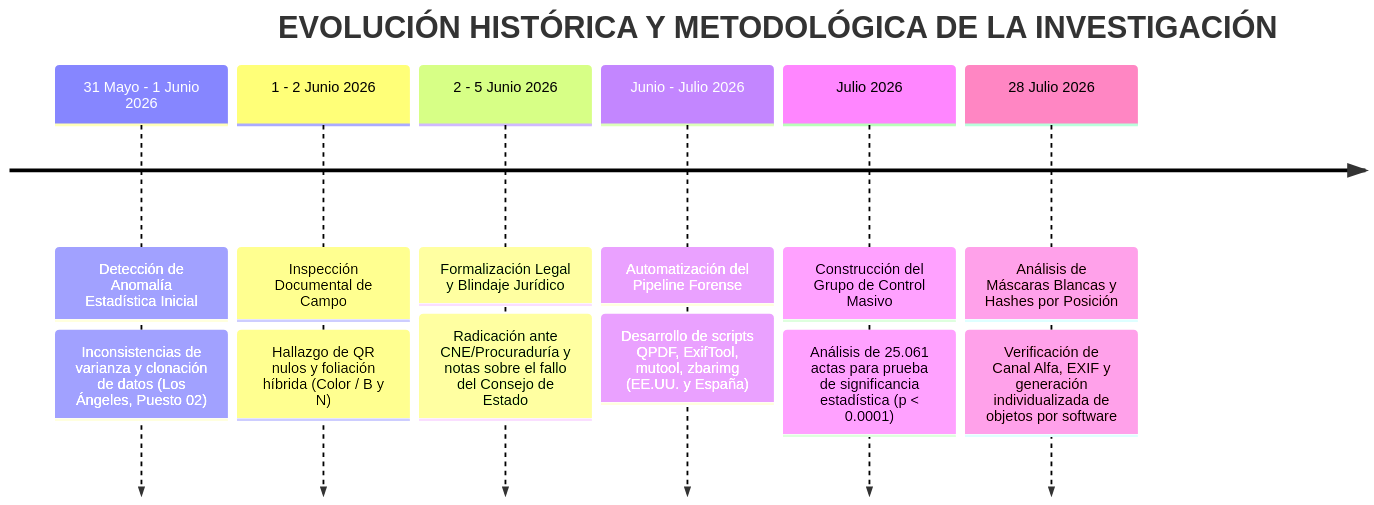
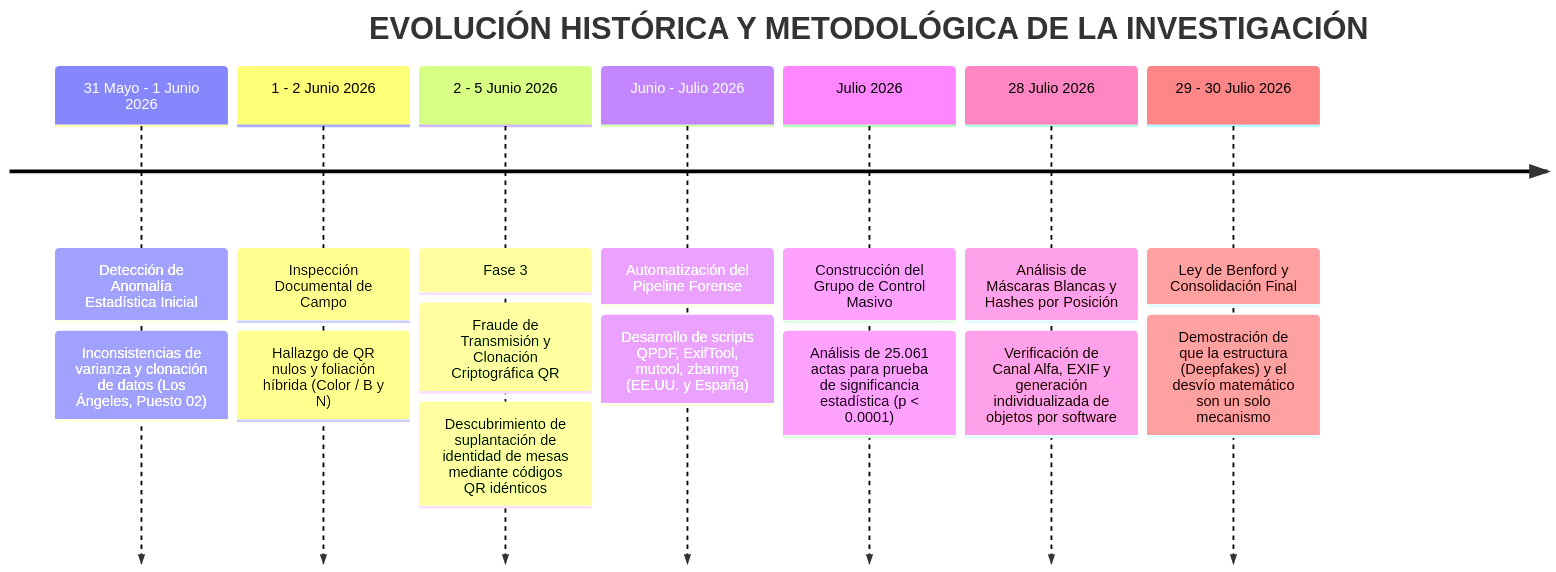
One commit to anzaca0330-pixel/AndreTaker---AnZaCa-Rep changed the diagram in 03_DOCUMENTACION/SESION_01_ENTREGABLES_LEGALES/linea_de_tiempo_investigacion_forense.md. Above: the diagram before and after it, drawn with Mermaid. The commit also changed other lines of this file and 24 other files, not shown here.

````diff
--- a/03_DOCUMENTACION/SESION_01_ENTREGABLES_LEGALES/linea_de_tiempo_investigacion_forense.md
+++ b/03_DOCUMENTACION/SESION_01_ENTREGABLES_LEGALES/linea_de_tiempo_investigacion_forense.md
@@ -12,16 +12,18 @@
 ```mermaid
 timeline
     title EVOLUCIÓN HISTÓRICA Y METODOLÓGICA DE LA INVESTIGACIÓN
     31 Mayo - 1 Junio 2026 : Detección de Anomalía Estadística Inicial
                            : Inconsistencias de varianza y clonación de datos (Los Ángeles, Puesto 02)
     1 - 2 Junio 2026       : Inspección Documental de Campo
                            : Hallazgo de QR nulos y foliación híbrida (Color / B y N)
-    2 - 5 Junio 2026       : Formalización Legal y Blindaje Jurídico
-                           : Radicación ante CNE/Procuraduría y notas sobre el fallo del Consejo de Estado
+    2 - 5 Junio 2026       : Fase 3: Fraude de Transmisión y Clonación Criptográfica QR
+                           : Descubrimiento de suplantación de identidad de mesas mediante códigos QR idénticos
     Junio - Julio 2026     : Automatización del Pipeline Forense
                            : Desarrollo de scripts QPDF, ExifTool, mutool, zbarimg (EE.UU. y España)
     Julio 2026             : Construcción del Grupo de Control Masivo
                            : Análisis de 25.061 actas para prueba de significancia estadística (p < 0.0001)
     28 Julio 2026          : Análisis de Máscaras Blancas y Hashes por Posición
                            : Verificación de Canal Alfa, EXIF y generación individualizada de objetos por software
+    29 - 30 Julio 2026     : Ley de Benford y Consolidación Final
+                           : Demostración de que la estructura (Deepfakes) y el desvío matemático son un solo mecanismo
 ```
````
